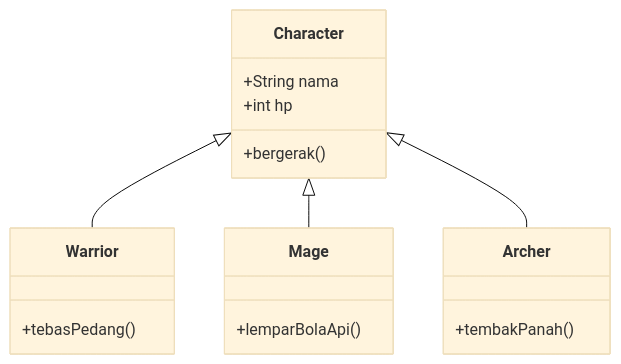
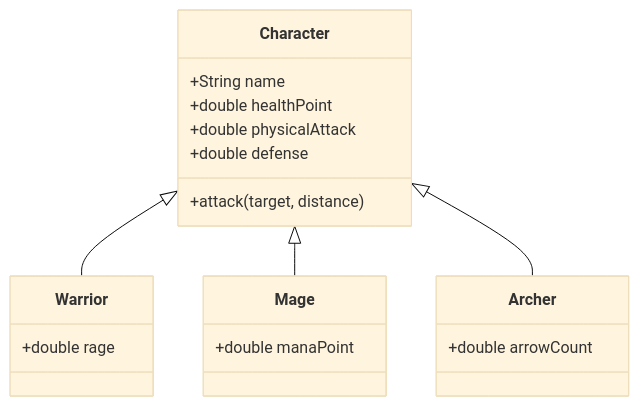
The diagram in pages/07_Contoh_Inheritance_Konsep.md (SammyFZeb/Slide-Praktikum-PBO-2026), drawn with Mermaid (base theme) before and after one commit. The commit also changed other lines of this file and 9 other files, not shown here.

````diff
--- a/pages/07_Contoh_Inheritance_Konsep.md
+++ b/pages/07_Contoh_Inheritance_Konsep.md
@@ -31,22 +31,24 @@
-```mermaid {scale: 0.65, theme: 'dark'}
+```mermaid {scale: 0.55, theme: 'dark'}
 classDiagram
     direction TB
     class Character {
-        +String nama
-        +int hp
-        +bergerak()
+        +String name
+        +double healthPoint
+        +double physicalAttack
+        +double defense
+        +attack(target, distance)
     }
     class Warrior {
-        +tebasPedang()
+        +double rage
     }
     class Mage {
-        +lemparBolaApi()
+        +double manaPoint
     }
     class Archer {
-        +tembakPanah()
+        +double arrowCount
     }
     
     Character <|-- Warrior
     Character <|-- Mage
     Character <|-- Archer
 ```
````
